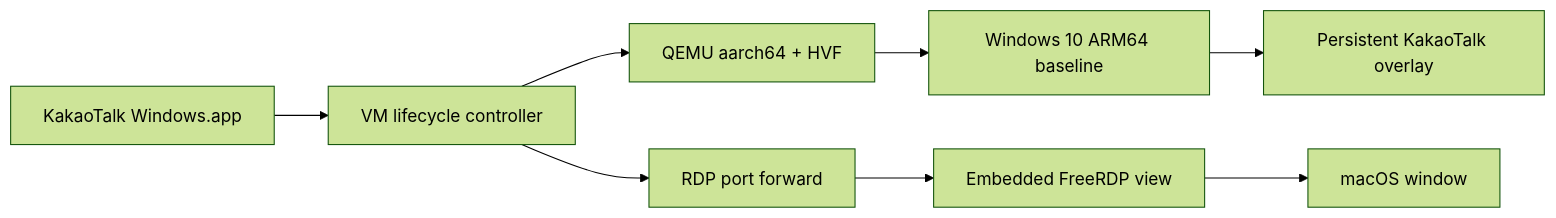
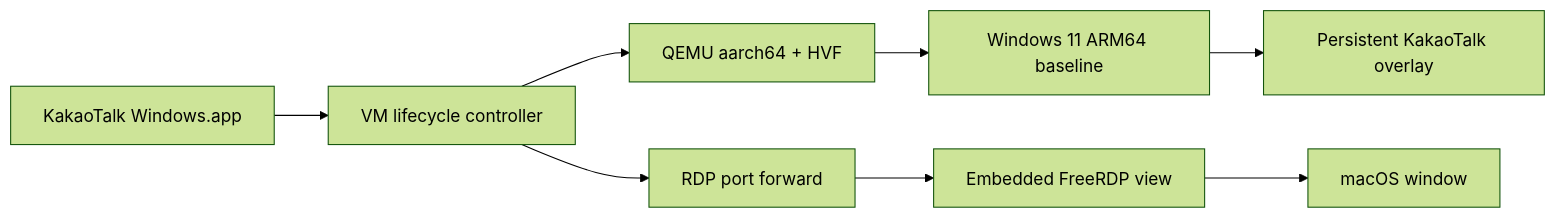
The diagram in docs/ARCHITECTURE.md (hoyaaaa/mockatalk-macos), drawn with Mermaid (forest theme) before and after one commit. The commit also changed other lines of this file and 7 other files, not shown here.

Commit message:
docs: make Windows 11 ARM64 primary target

````diff
--- a/docs/ARCHITECTURE.md
+++ b/docs/ARCHITECTURE.md
@@ -5,10 +5,10 @@
 ```mermaid
 flowchart LR
   A["KakaoTalk Windows.app"] --> B["VM lifecycle controller"]
   B --> C["QEMU aarch64 + HVF"]
-  C --> D["Windows 10 ARM64 baseline"]
+  C --> D["Windows 11 ARM64 baseline"]
   D --> E["Persistent KakaoTalk overlay"]
   B --> F["RDP port forward"]
   F --> G["Embedded FreeRDP view"]
   G --> H["macOS window"]
 ```
````
